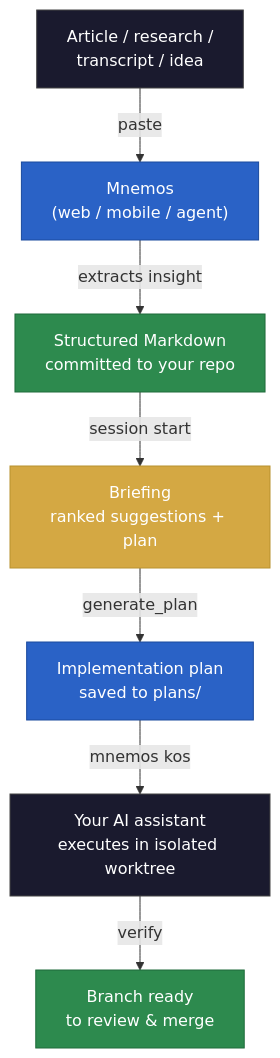
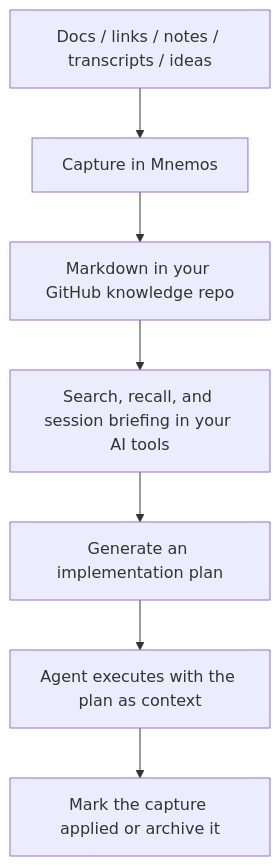
Before and after one commit to Soph20/mnemos-capture: the diagram in README.md, drawn with Mermaid. The commit also changed other lines of this file and 1 other file, not shown here.

First line of the commit message:
Rewrite README to refocus messaging, reorganize Quick Start, and update MCP docs

````diff
--- a/README.md
+++ b/README.md
@@ -120,17 +181,9 @@
 ```mermaid
 flowchart TD
-    A["Article / research /\ntranscript / idea"] -->|paste| B["Mnemos\n(web / mobile / agent)"]
-    B -->|extracts insight| C["Structured Markdown\ncommitted to your repo"]
-    C -->|session start| D["Briefing\nranked suggestions + plan"]
-    D -->|generate_plan| E["Implementation plan\nsaved to plans/"]
-    E -->|mnemos kos| F["Your AI assistant\nexecutes in isolated worktree"]
-    F -->|verify| G["Branch ready\nto review & merge"]
-
-    style A fill:#1a1a2e,stroke:#444,color:#fff
-    style B fill:#2A62C6,stroke:#1a4a9e,color:#fff
-    style C fill:#2d8a4e,stroke:#1e6b3a,color:#fff
-    style D fill:#d4a843,stroke:#b8912e,color:#fff
-    style E fill:#2A62C6,stroke:#1a4a9e,color:#fff
-    style F fill:#1a1a2e,stroke:#444,color:#fff
-    style G fill:#2d8a4e,stroke:#1e6b3a,color:#fff
+    A["Docs / links / notes / transcripts / ideas"] --> B["Capture in Mnemos"]
+    B --> C["Markdown in your GitHub knowledge repo"]
+    C --> D["Search, recall, and session briefing in your AI tools"]
+    D --> E["Generate an implementation plan"]
+    E --> F["Agent executes with the plan as context"]
+    F --> G["Mark the capture applied or archive it"]
 ```
````
